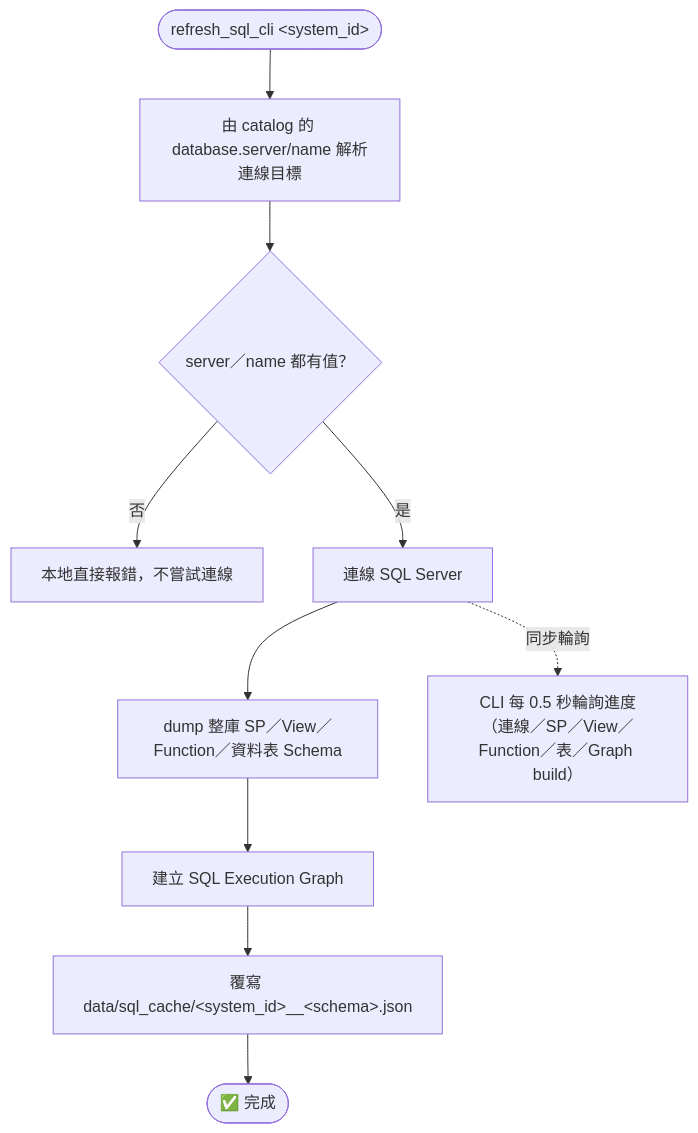
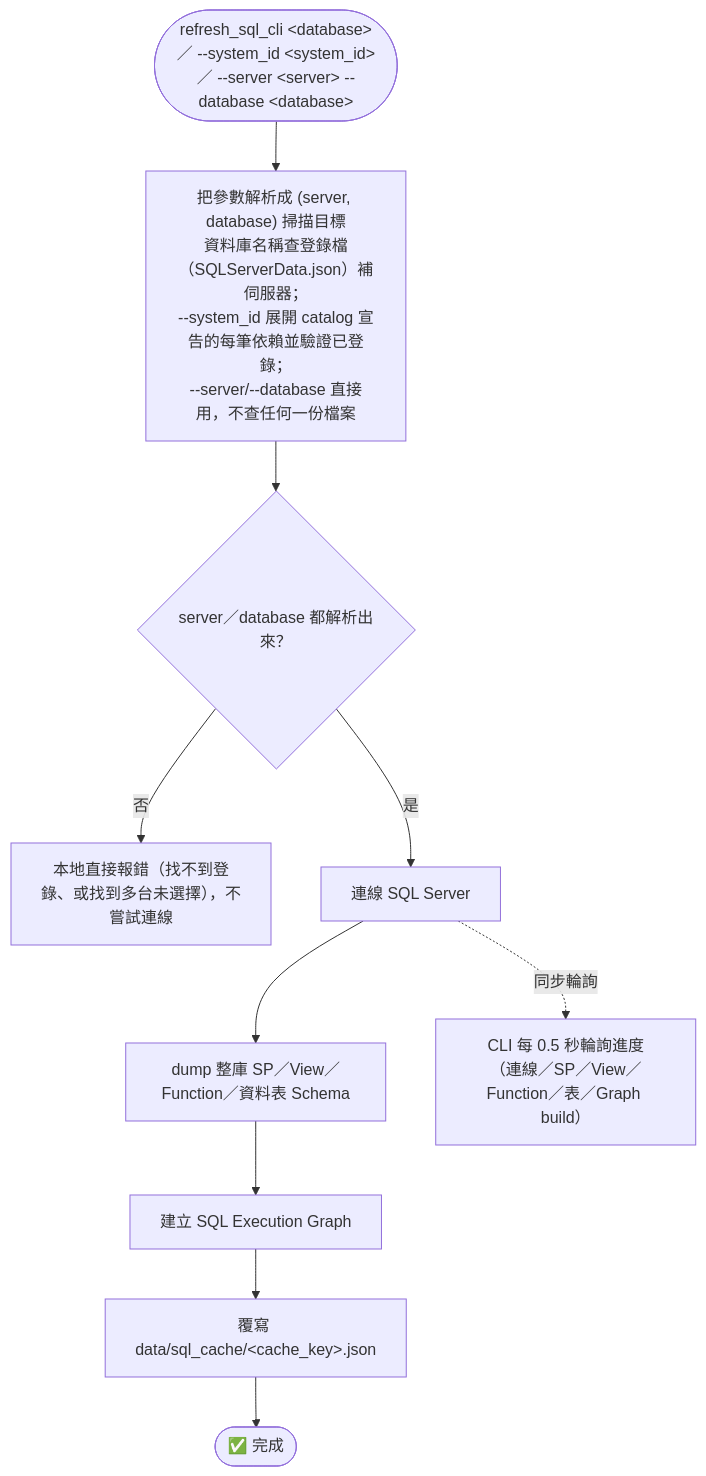
One commit to vy088772/Impact_analysis_system changed the fourth of 4 diagrams in docs/流程圖.md. Above: the diagram before and after it, drawn with Mermaid. The commit also changed other lines of this file and 5 other files, not shown here.

````diff
--- a/docs/流程圖.md
+++ b/docs/流程圖.md
@@ -99,13 +99,13 @@
 ```mermaid
 flowchart TD
-    Start(["refresh_sql_cli &lt;system_id&gt;"]) --> Resolve["由 catalog 的 database.server/name 解析連線目標"]
-    Resolve --> Check{"server／name 都有值？"}
-    Check -- 否 --> ClientErr["本地直接報錯，不嘗試連線"]
+    Start(["refresh_sql_cli &lt;database&gt;<br/>／ --system_id &lt;system_id&gt;<br/>／ --server &lt;server&gt; --database &lt;database&gt;"]) --> Resolve["把參數解析成 (server, database) 掃描目標<br/>資料庫名稱查登錄檔（SQLServerData.json）補伺服器；<br/>--system_id 展開 catalog 宣告的每筆依賴並驗證已登錄；<br/>--server/--database 直接用，不查任何一份檔案"]
+    Resolve --> Check{"server／database 都解析出來？"}
+    Check -- 否 --> ClientErr["本地直接報錯（找不到登錄、或找到多台未選擇），不嘗試連線"]
     Check -- 是 --> Connect["連線 SQL Server"]
     Connect --> Dump["dump 整庫 SP／View／Function／資料表 Schema"]
     Dump --> Build["建立 SQL Execution Graph"]
-    Build --> Save["覆寫 data/sql_cache/&lt;system_id&gt;__&lt;schema&gt;.json"]
+    Build --> Save["覆寫 data/sql_cache/&lt;cache_key&gt;.json"]
     Save --> Done(["✅ 完成"])
 
     Connect -.同步輪詢.-> Poll["CLI 每 0.5 秒輪詢進度<br/>（連線／SP／View／Function／表／Graph build）"]
 ```
````
